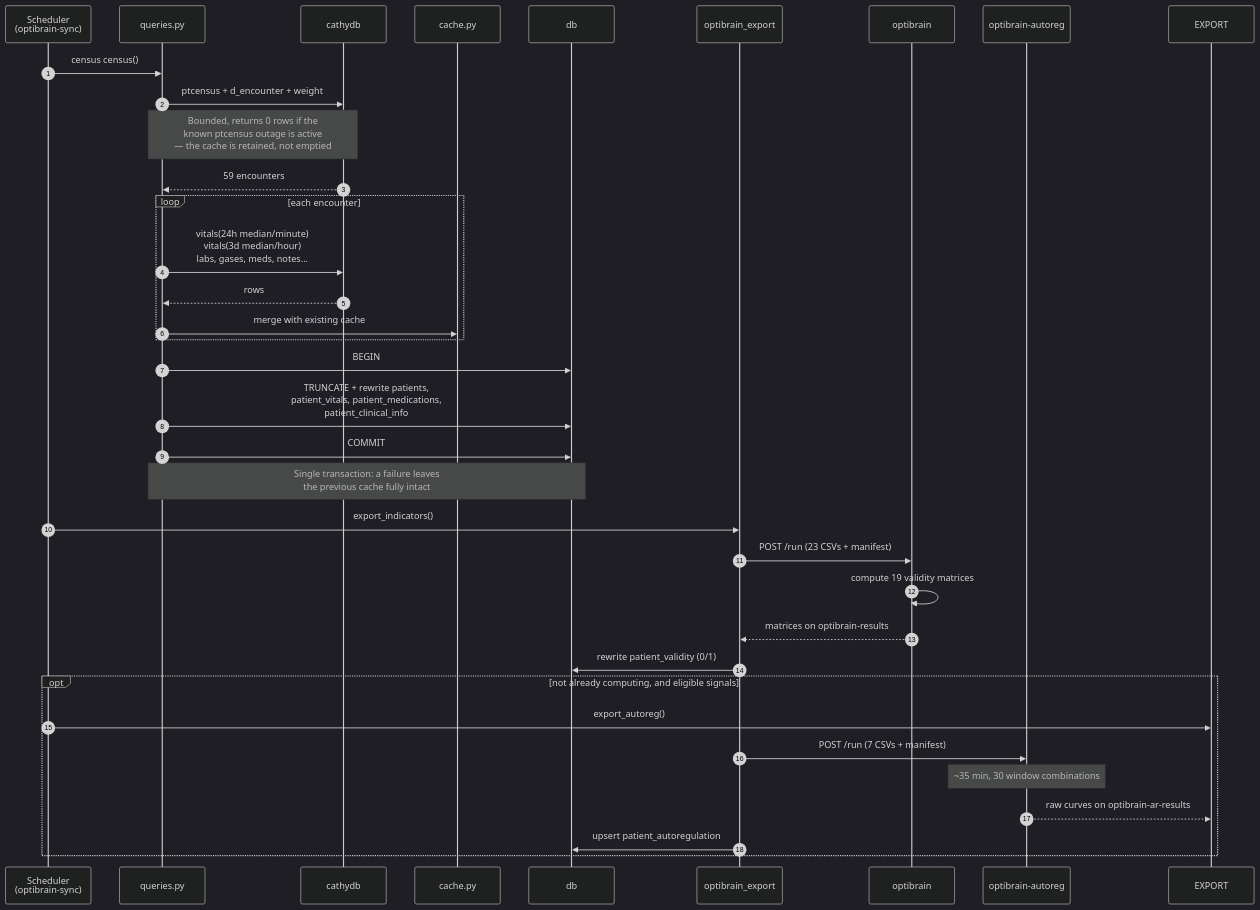
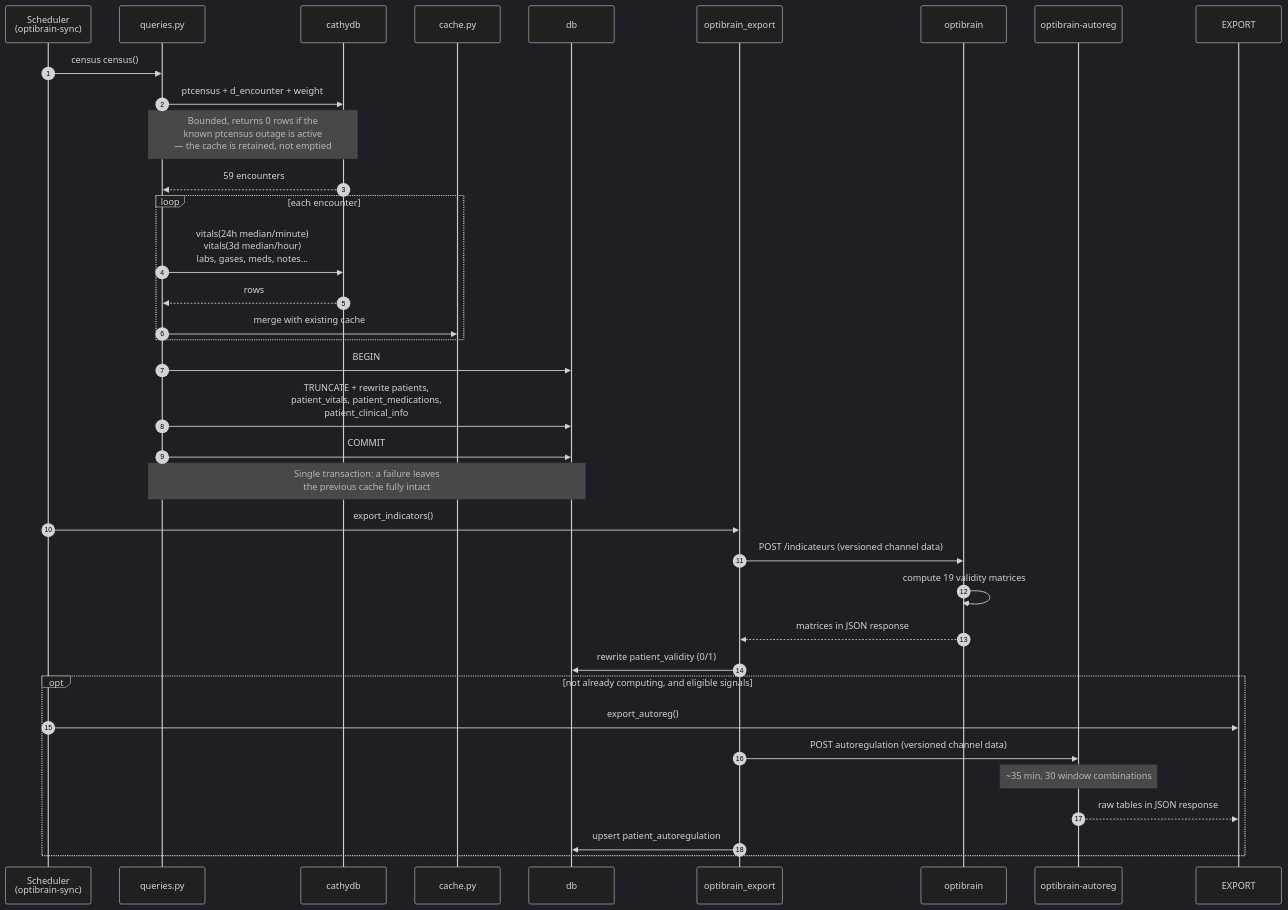
Before and after one commit to sadc-lab/MYPICU: the third of 5 diagrams in docs/architecture.md, drawn with Mermaid (dark theme). The commit also changed other lines of this file and 20 other files, not shown here.

````diff
--- a/docs/architecture.md
+++ b/docs/architecture.md
@@ -173,42 +173,42 @@
 ```{mermaid}
 sequenceDiagram
     autonumber
     participant CRON as Scheduler<br/>(optibrain-sync)
     participant Q as queries.py
     participant ICCA as cathydb
     participant C as cache.py
     participant PG as db
     participant EXP as optibrain_export
     participant OB as optibrain
     participant AR as optibrain-autoreg
 
     CRON->>Q: census census()
     Q->>ICCA: ptcensus + d_encounter + weight
     Note over Q,ICCA: Bounded, returns 0 rows if the<br/>known ptcensus outage is active<br/>— the cache is retained, not emptied
     ICCA-->>Q: 59 encounters
 
     loop each encounter
         Q->>ICCA: vitals(24h median/minute)<br/>vitals(3d median/hour)<br/>labs, gases, meds, notes...
         ICCA-->>Q: rows
         Q->>C: merge with existing cache
     end
 
     Q->>PG: BEGIN
     Q->>PG: TRUNCATE + rewrite patients,<br/>patient_vitals, patient_medications,<br/>patient_clinical_info
     Q->>PG: COMMIT
     Note over Q,PG: Single transaction: a failure leaves<br/>the previous cache fully intact
 
     CRON->>EXP: export_indicators()
-    EXP->>OB: POST /run (23 CSVs + manifest)
+    EXP->>OB: POST /indicateurs (versioned channel data)
     OB->>OB: compute 19 validity matrices
-    OB-->>EXP: matrices on optibrain-results
+    OB-->>EXP: matrices in JSON response
     EXP->>PG: rewrite patient_validity (0/1)
 
     opt not already computing, and eligible signals
         CRON->>EXPORT: export_autoreg()
-        EXP->>AR: POST /run (7 CSVs + manifest)
+        EXP->>AR: POST autoregulation (versioned channel data)
         Note over AR: ~35 min, 30 window combinations
-        AR-->>EXPORT: raw curves on optibrain-ar-results
+        AR-->>EXPORT: raw tables in JSON response
         EXP->>PG: upsert patient_autoregulation
     end
 ```
````
